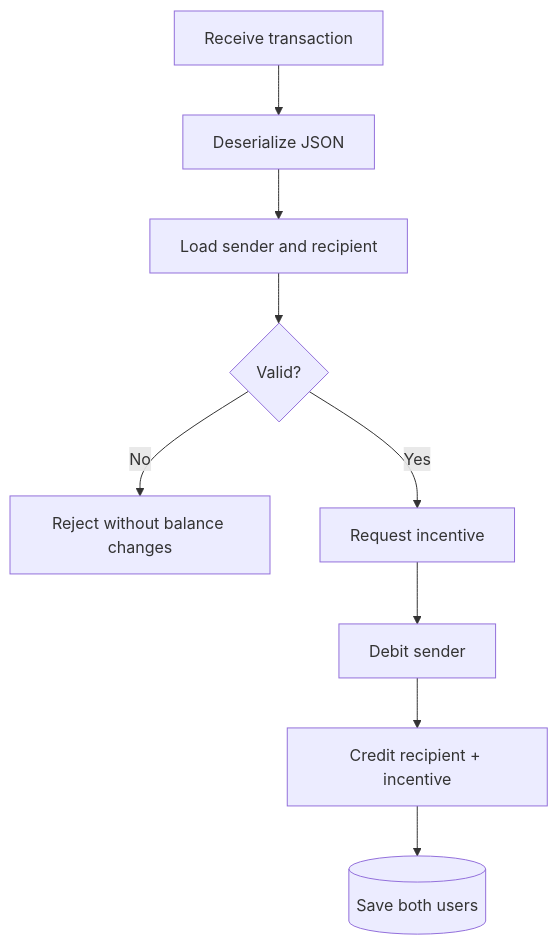
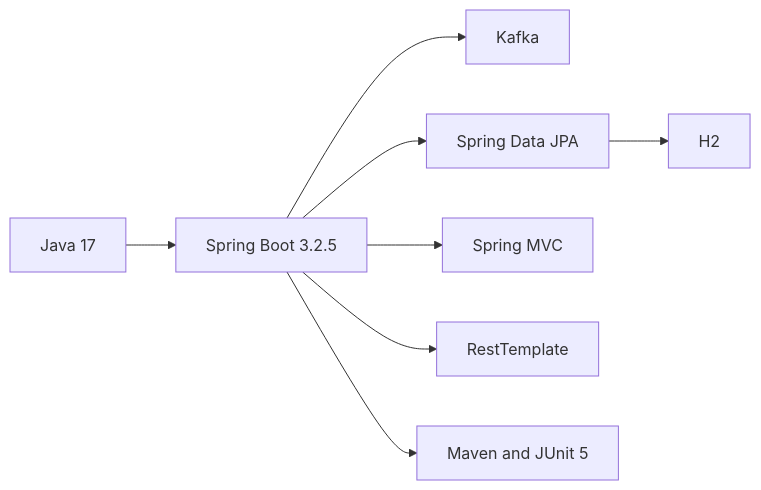
Before and after one commit to SidheshwarSarangal/forage-midas: the fifth of 6 diagrams in README.md, drawn with Mermaid. The commit also changed other lines of this file and 4 other files, not shown here.

````diff
--- a/README.md
+++ b/README.md
@@ -44,11 +78,10 @@
 ```mermaid
-flowchart TD
-    A[Receive transaction] --> B[Deserialize JSON]
-    B --> C[Load sender and recipient]
-    C --> D{Valid?}
-    D -- No --> X[Reject without balance changes]
-    D -- Yes --> E[Request incentive]
-    E --> F[Debit sender]
-    F --> G[Credit recipient + incentive]
-    G --> H[(Save both users)]
+flowchart LR
+    J[Java 17] --> S[Spring Boot 3.2.5]
+    S --> K[Kafka]
+    S --> P[Spring Data JPA]
+    P --> H[H2]
+    S --> W[Spring MVC]
+    S --> RT[RestTemplate]
+    S --> M[Maven and JUnit 5]
 ```
````
